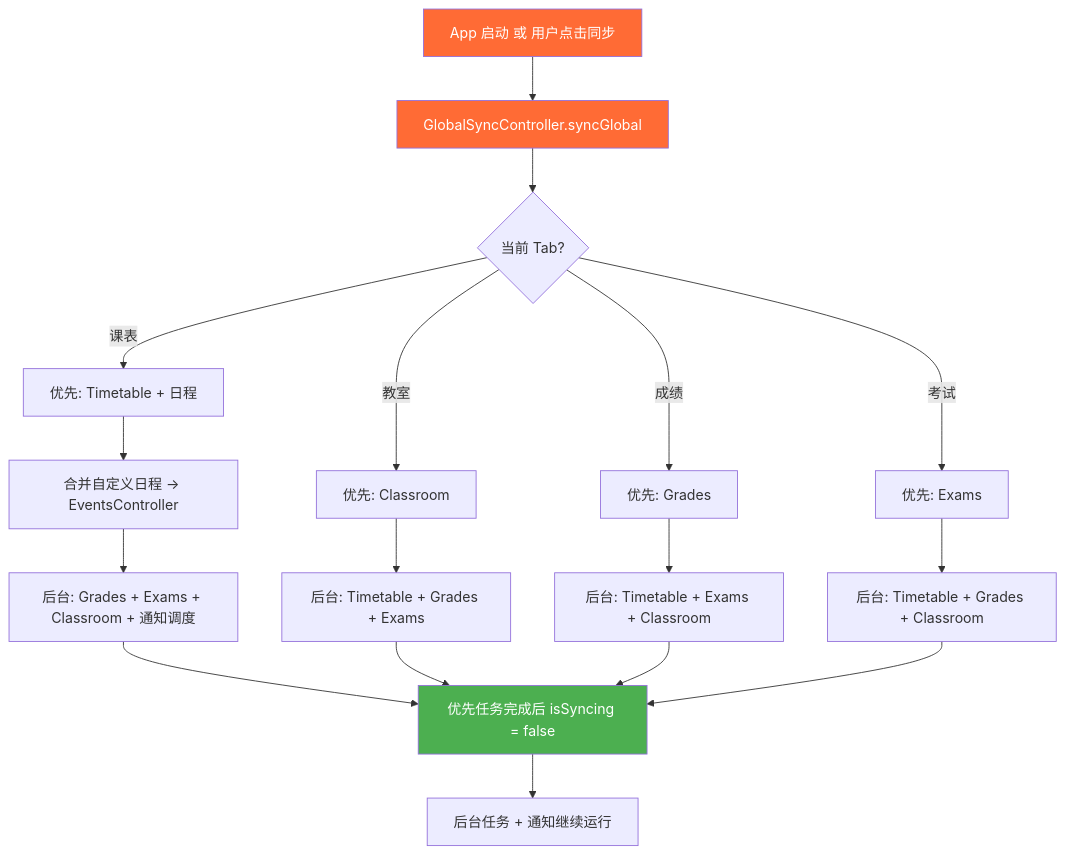
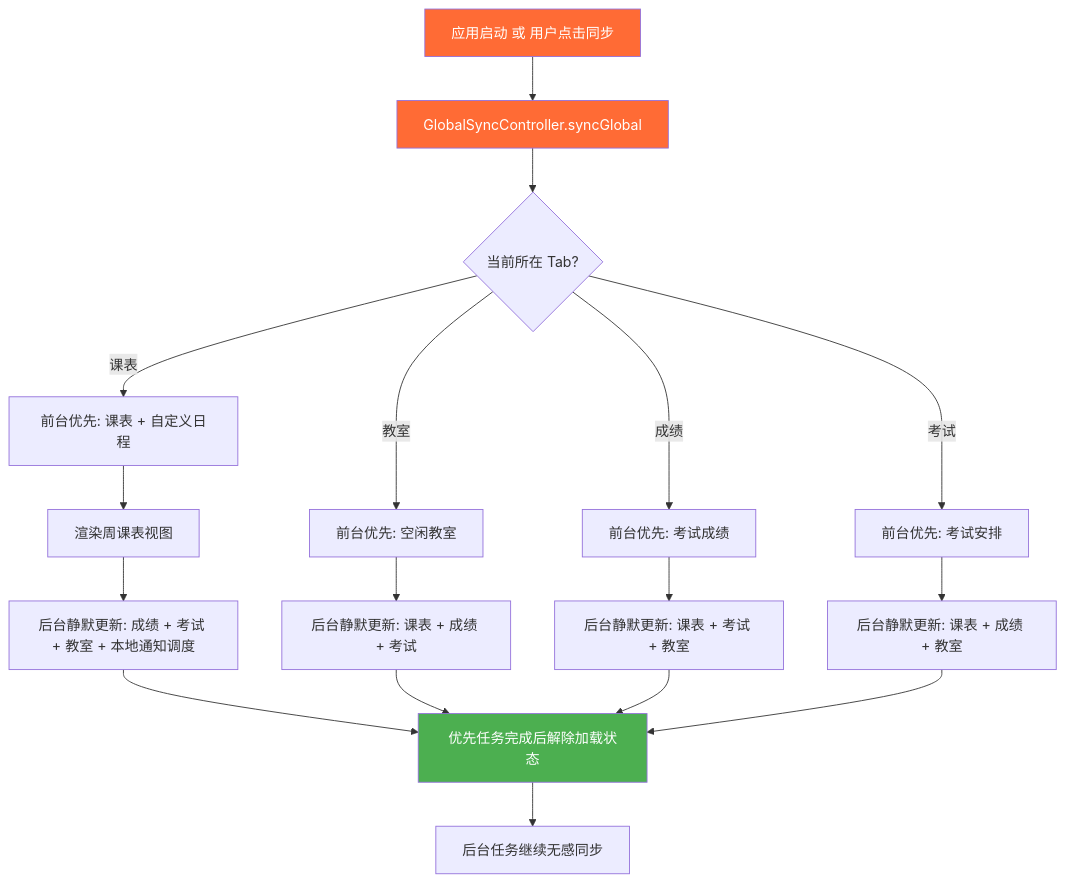
Before and after one commit to fans963/li_curriculum_table: the fourth of 4 diagrams in README.md, drawn with Mermaid. The commit also changed other lines of this file and 10 other files, not shown here.

````diff
--- a/README.md
+++ b/README.md
@@ -453,26 +233,26 @@
 ```mermaid
 graph TD
-    A["App 启动 或 用户点击同步"] --> B["GlobalSyncController.syncGlobal"]
-    B --> C{"当前 Tab?"}
-    C --> |"课表"| D["优先: Timetable + 日程"]
-    C --> |"教室"| E["优先: Classroom"]
-    C --> |"成绩"| F["优先: Grades"]
-    C --> |"考试"| G["优先: Exams"]
+    A["应用启动 或 用户点击同步"] --> B["GlobalSyncController.syncGlobal"]
+    B --> C{"当前所在 Tab?"}
+    C --> |"课表"| D["前台优先: 课表 + 自定义日程"]
+    C --> |"教室"| E["前台优先: 空闲教室"]
+    C --> |"成绩"| F["前台优先: 考试成绩"]
+    C --> |"考试"| G["前台优先: 考试安排"]
 
-    D --> D1["合并自定义日程 → EventsController"]
-    D1 --> H["后台: Grades + Exams + Classroom + 通知调度"]
-    E --> I["后台: Timetable + Grades + Exams"]
-    F --> J["后台: Timetable + Exams + Classroom"]
-    G --> K["后台: Timetable + Grades + Classroom"]
+    D --> D1["渲染周课表视图"]
+    D1 --> H["后台静默更新: 成绩 + 考试 + 教室 + 本地通知调度"]
+    E --> I["后台静默更新: 课表 + 成绩 + 考试"]
+    F --> J["后台静默更新: 课表 + 考试 + 教室"]
+    G --> K["后台静默更新: 课表 + 成绩 + 教室"]
 
-    H --> L["优先任务完成后 isSyncing = false"]
+    H --> L["优先任务完成后解除加载状态"]
     I --> L
     J --> L
     K --> L
 
-    L --> M["后台任务 + 通知继续运行"]
+    L --> M["后台任务继续无感同步"]
 
     style A fill:#FF6B35,color:#fff
     style B fill:#FF6B35,color:#fff
     style L fill:#4CAF50,color:#fff
 ```
````
